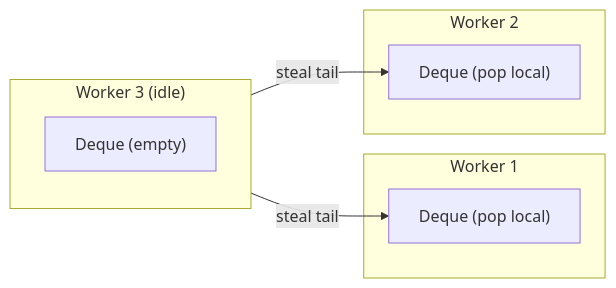
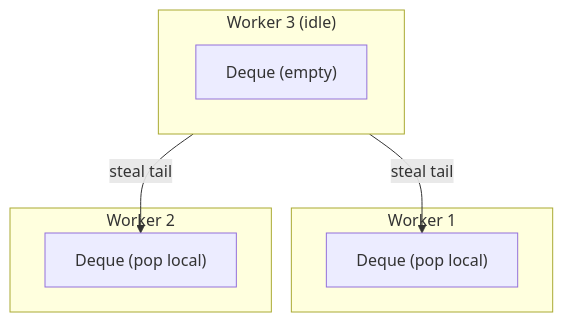
The fourth of 7 diagrams in docs/foundational-concepts/basic-distributed-systems-concepts/concurrency-parallelism-synchronization.mdx (archman-dev/website), drawn with Mermaid before and after one commit. The commit also changed other lines of this file and 990 other files, not shown here.

````diff
--- a/docs/foundational-concepts/basic-distributed-systems-concepts/concurrency-parallelism-synchronization.mdx
+++ b/docs/foundational-concepts/basic-distributed-systems-concepts/concurrency-parallelism-synchronization.mdx
@@ -357,14 +325,14 @@
 ```mermaid
-flowchart LR
+flowchart TB
   subgraph W1["Worker 1"]
     D1["Deque (pop local)"]
   end
   subgraph W2["Worker 2"]
     D2["Deque (pop local)"]
   end
   subgraph W3["Worker 3 (idle)"]
     D3["Deque (empty)"]
   end
   W3 -->|"steal tail"| D2
   W3 -->|"steal tail"| D1
 ```
````
